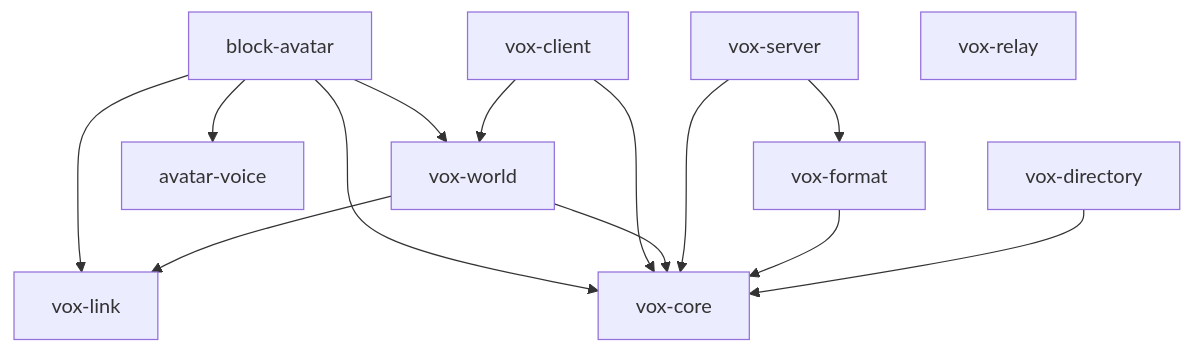
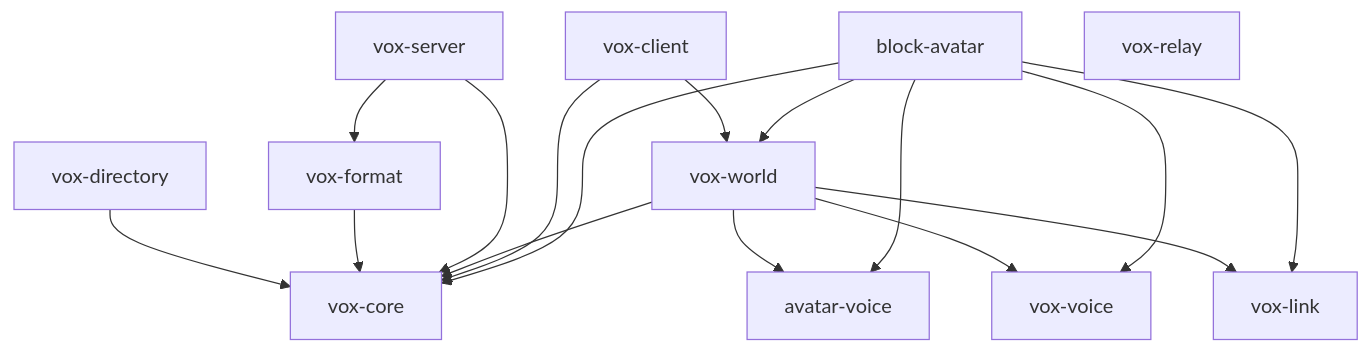
The second of 2 diagrams in knowledge/architecture/system-overview.md (johnbellone/vox.fail), drawn with Mermaid before and after one commit. The commit also changed other lines of this file and 54 other files, not shown here.

First line of the commit message:
Voice chat in worlds: nearby and raid party, relayed by the world server

````diff
--- a/knowledge/architecture/system-overview.md
+++ b/knowledge/architecture/system-overview.md
@@ -40,16 +40,19 @@
 ```mermaid
 flowchart TD
   block-avatar --> vox-core
   block-avatar --> vox-world
   block-avatar --> avatar-voice
+  block-avatar --> vox-voice
+  vox-world --> vox-voice
+  vox-world --> avatar-voice
   block-avatar --> vox-link
   vox-client --> vox-world
   vox-client --> vox-core
   vox-world --> vox-core
   vox-world --> vox-link
   vox-server --> vox-core
   vox-server --> vox-format
   vox-format --> vox-core
   vox-directory --> vox-core
   vox-relay
 ```
````
